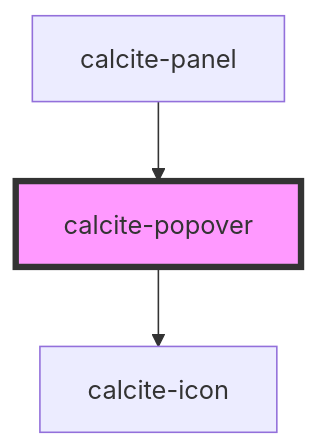
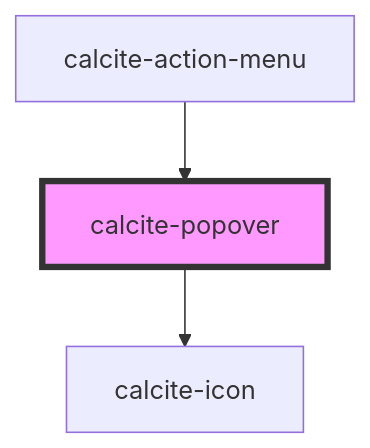
One commit to vikivakarvc/calcite-design-system changed the diagram in src/components/calcite-popover/readme.md. Above: the diagram before and after it, drawn with Mermaid. The commit also changed other lines of this file and 60 other files, not shown here.

````diff
--- a/src/components/calcite-popover/readme.md
+++ b/src/components/calcite-popover/readme.md
@@ -79,6 +79,6 @@
 ```mermaid
 graph TD;
   calcite-popover --> calcite-icon
-  calcite-panel --> calcite-popover
+  calcite-action-menu --> calcite-popover
   style calcite-popover fill:#f9f,stroke:#333,stroke-width:4px
 ```
````
